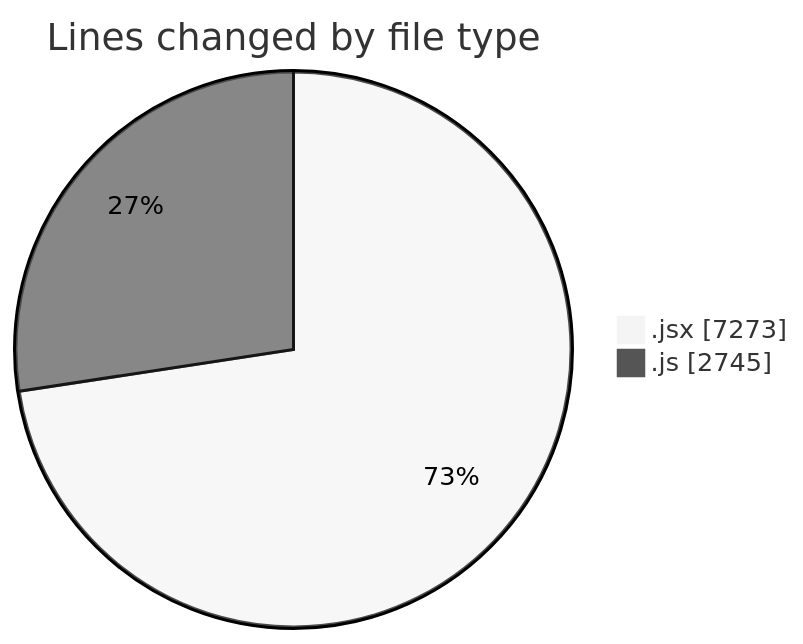
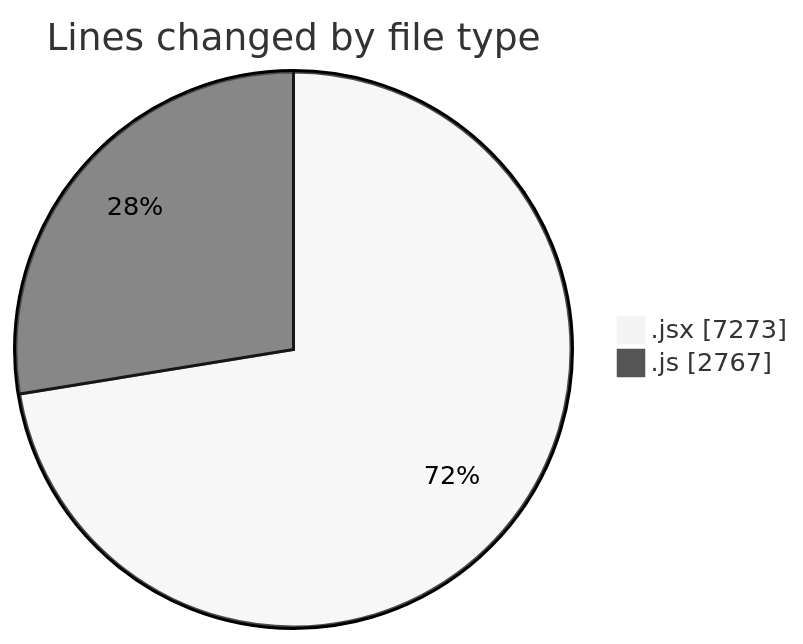
Before and after one commit to nxtqubesakshisongat/code-tracking: the first of 2 diagrams in 2025-12-11/nxtqube_webapp/README.md, drawn with Mermaid (neutral theme). The commit also changed other lines of this file and 1 other file, not shown here.

````diff
--- a/2025-12-11/nxtqube_webapp/README.md
+++ b/2025-12-11/nxtqube_webapp/README.md
@@ -33,6 +33,6 @@
 ```mermaid
 pie showData
 title Lines changed by file type
 ".jsx" : 7273
-".js" : 2745
+".js" : 2767
 ```
````
